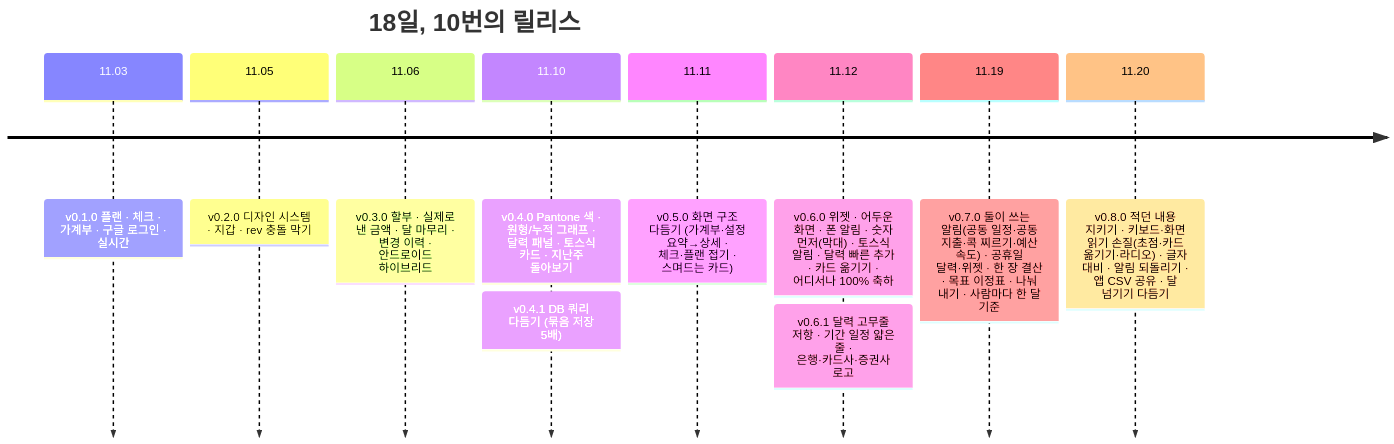
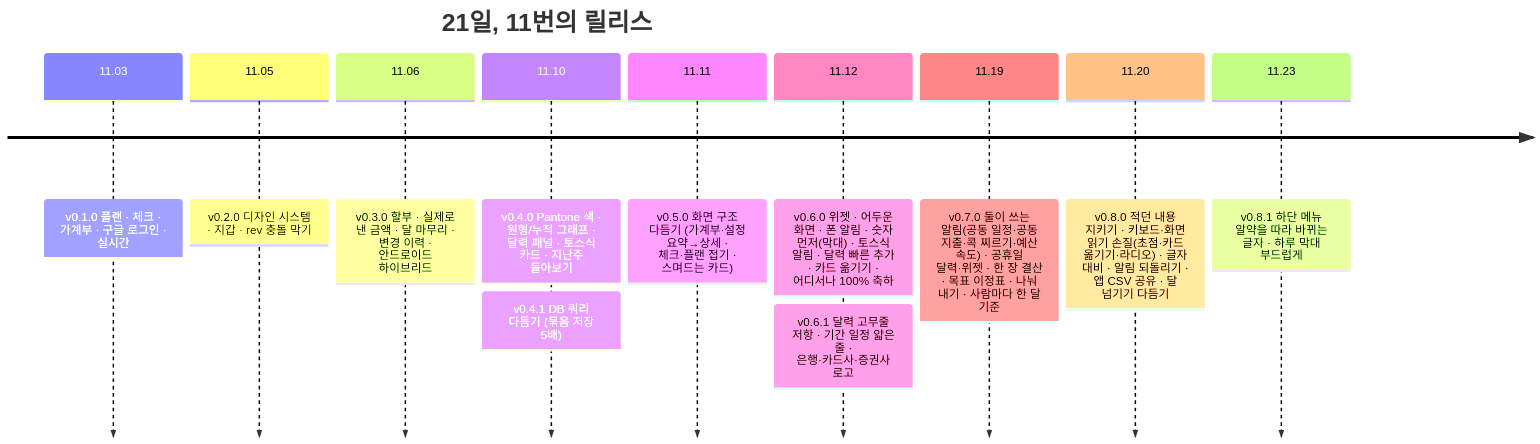
The fifth of 5 diagrams in README.md (jojaden/our-money), drawn with Mermaid before and after one commit. The commit also changed other lines of this file and 5 other files, not shown here.

````diff
--- a/README.md
+++ b/README.md
@@ -152,14 +152,15 @@
 ```mermaid
 timeline
-  title 18일, 10번의 릴리스
+  title 21일, 11번의 릴리스
   11.03 : v0.1.0 플랜 · 체크 · 가계부 · 구글 로그인 · 실시간
   11.05 : v0.2.0 디자인 시스템 · 지갑 · rev 충돌 막기
   11.06 : v0.3.0 할부 · 실제로 낸 금액 · 달 마무리 · 변경 이력 · 안드로이드 하이브리드
   11.10 : v0.4.0 Pantone 색 · 원형/누적 그래프 · 달력 패널 · 토스식 카드 · 지난주 돌아보기
         : v0.4.1 DB 쿼리 다듬기 (묶음 저장 5배)
   11.11 : v0.5.0 화면 구조 다듬기 (가계부·설정 요약→상세 · 체크·플랜 접기 · 스며드는 카드)
   11.12 : v0.6.0 위젯 · 어두운 화면 · 폰 알림 · 숫자 먼저(막대) · 토스식 알림 · 달력 빠른 추가 · 카드 옮기기 · 어디서나 100% 축하
         : v0.6.1 달력 고무줄 저항 · 기간 일정 얇은 줄 · 은행·카드사·증권사 로고
   11.19 : v0.7.0 둘이 쓰는 알림(공동 일정·공동 지출·콕 찌르기·예산 속도) · 공휴일 달력·위젯 · 한 장 결산 · 목표 이정표 · 나눠 내기 · 사람마다 한 달 기준
   11.20 : v0.8.0 적던 내용 지키기 · 키보드·화면 읽기 손질(초점·카드 옮기기·라디오) · 글자 대비 · 알림 되돌리기 · 앱 CSV 공유 · 달 넘기기 다듬기
+  11.23 : v0.8.1 하단 메뉴 알약을 따라 바뀌는 글자 · 하루 막대 부드럽게
 ```
````
